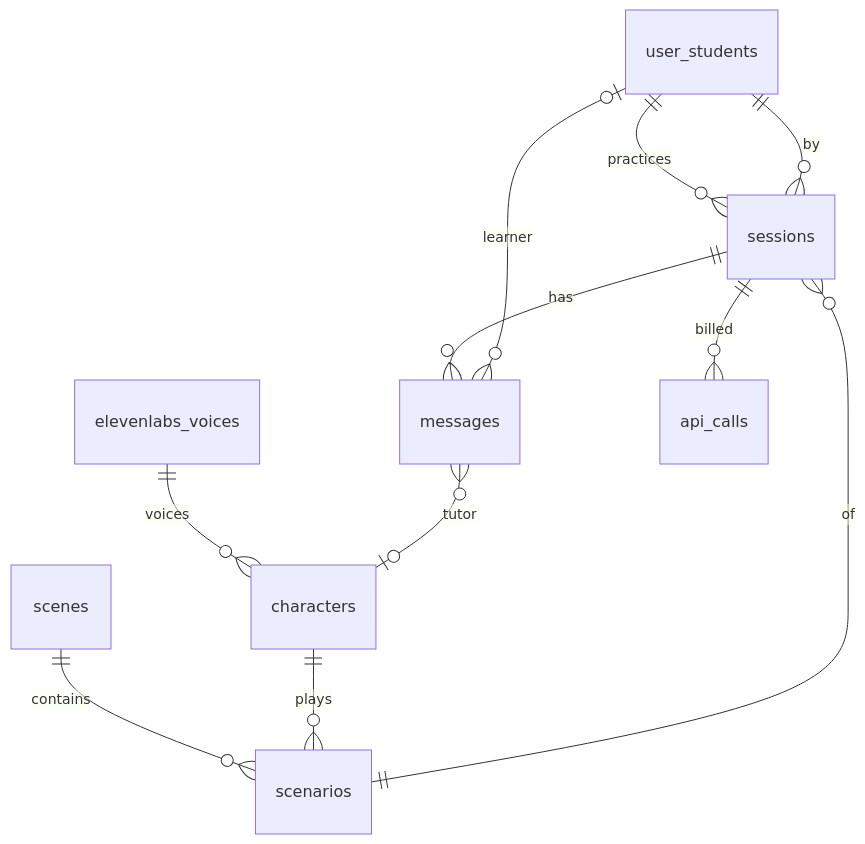
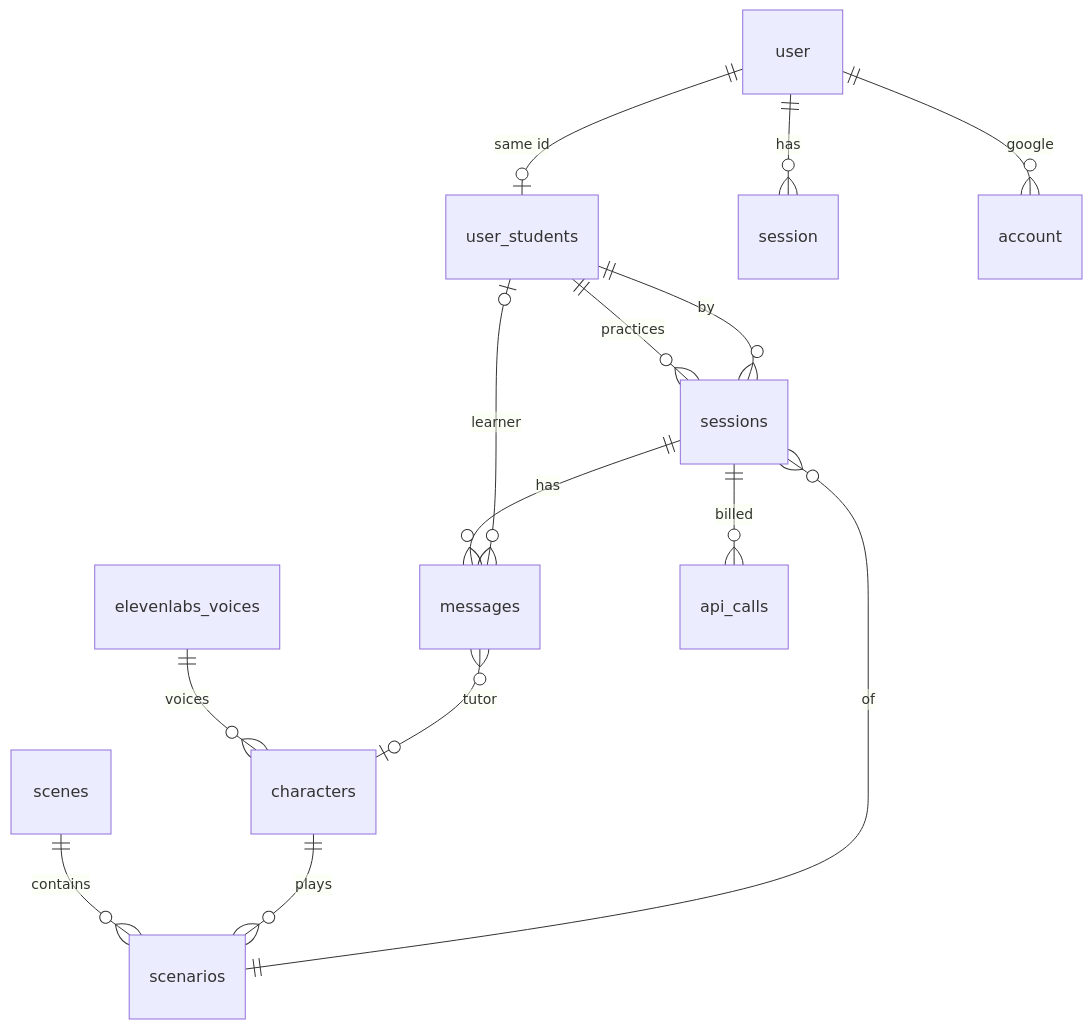
Before and after one commit to boris410/Fluently: the diagram in docs/DATA.md, drawn with Mermaid. The commit also changed other lines of this file and 32 other files, not shown here.

````diff
--- a/docs/DATA.md
+++ b/docs/DATA.md
@@ -183,13 +233,16 @@
 ```mermaid
 erDiagram
+  user ||--o| user_students : "same id"
+  user ||--o{ session : has
+  user ||--o{ account : "google"
   user_students ||--o{ sessions : practices
   scenes ||--o{ scenarios : contains
   characters ||--o{ scenarios : plays
   elevenlabs_voices ||--o{ characters : voices
   sessions }o--|| scenarios : of
   sessions }o--|| user_students : by
   sessions ||--o{ messages : has
   sessions ||--o{ api_calls : billed
   messages }o--o| user_students : learner
   messages }o--o| characters : tutor
 ```
````
